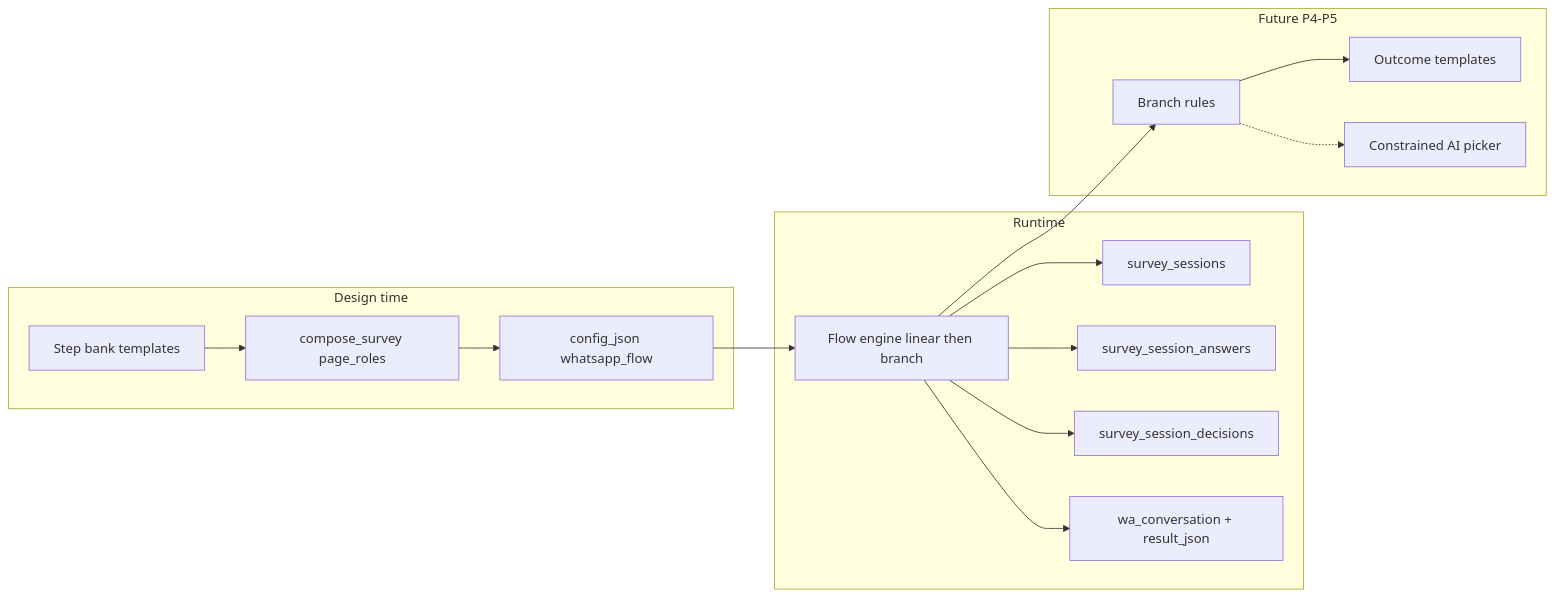
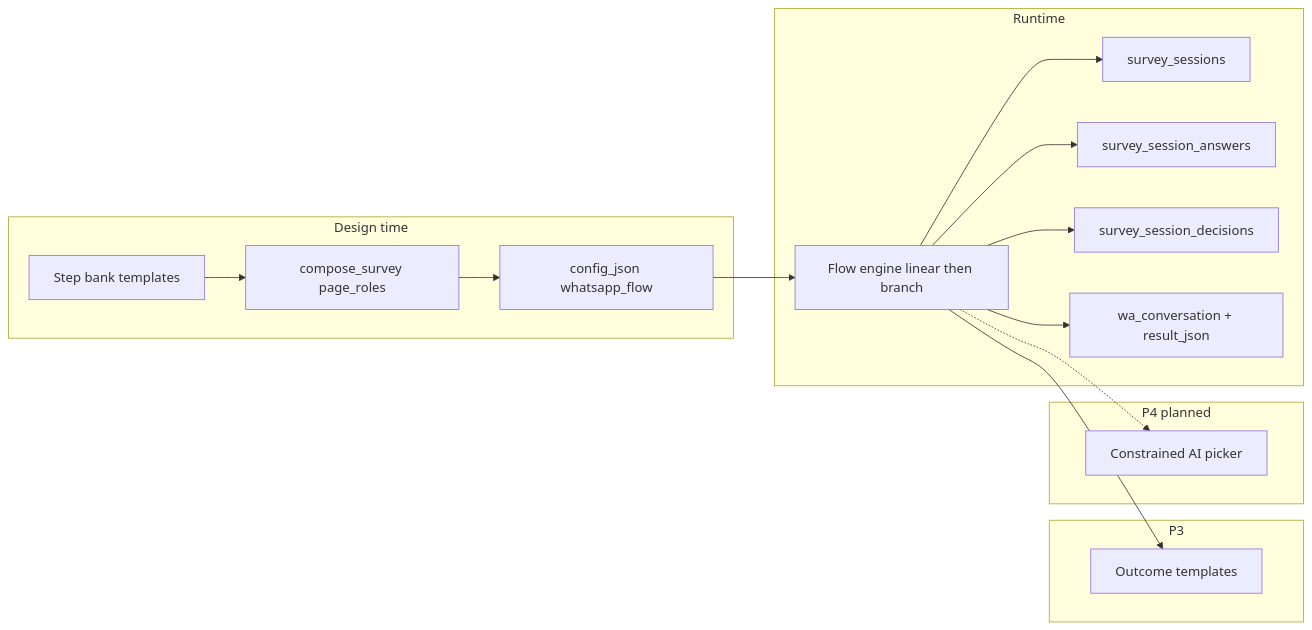
Before and after one commit to menasimuk-hub/Vox-new: the first of 2 diagrams in voxbulk-api/docs/wa-survey-adaptive-engine.md, drawn with Mermaid. The commit also changed other lines of this file and 12 other files, not shown here.

First line of the commit message:
feat(wa-survey): internal test pack seed and browser flow simulator

````diff
--- a/voxbulk-api/docs/wa-survey-adaptive-engine.md
+++ b/voxbulk-api/docs/wa-survey-adaptive-engine.md
@@ -26,29 +26,29 @@
 ```mermaid
 flowchart LR
   subgraph design [Design time]
     Bank[Step bank templates]
     Compose[compose_survey page_roles]
     Order[config_json whatsapp_flow]
     Bank --> Compose --> Order
   end
   subgraph runtime [Runtime]
     Session[survey_sessions]
     Answers[survey_session_answers]
     Decisions[survey_session_decisions]
     Conv[wa_conversation + result_json]
     Engine[Flow engine linear then branch]
     Order --> Engine
     Engine --> Session
     Engine --> Answers
     Engine --> Decisions
     Engine --> Conv
   end
-  subgraph future [Future P4-P5]
-    Rules[Branch rules]
+  subgraph p3 [P3]
     Outcomes[Outcome templates]
+    Engine --> Outcomes
+  end
+  subgraph p4 [P4 planned]
     AIPicker[Constrained AI picker]
-    Engine --> Rules
-    Rules --> Outcomes
-    Rules -.-> AIPicker
+    Engine -.-> AIPicker
   end
 ```
````
